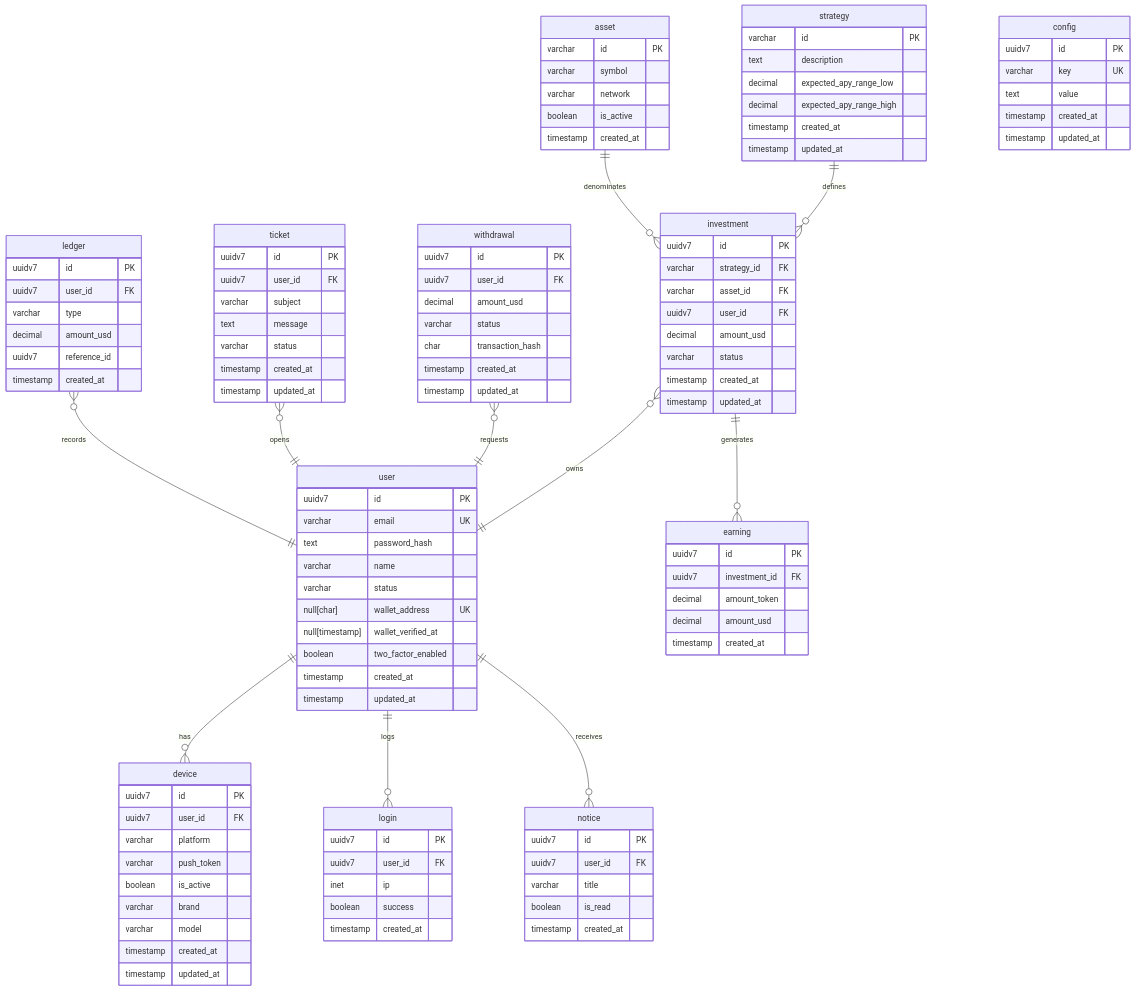
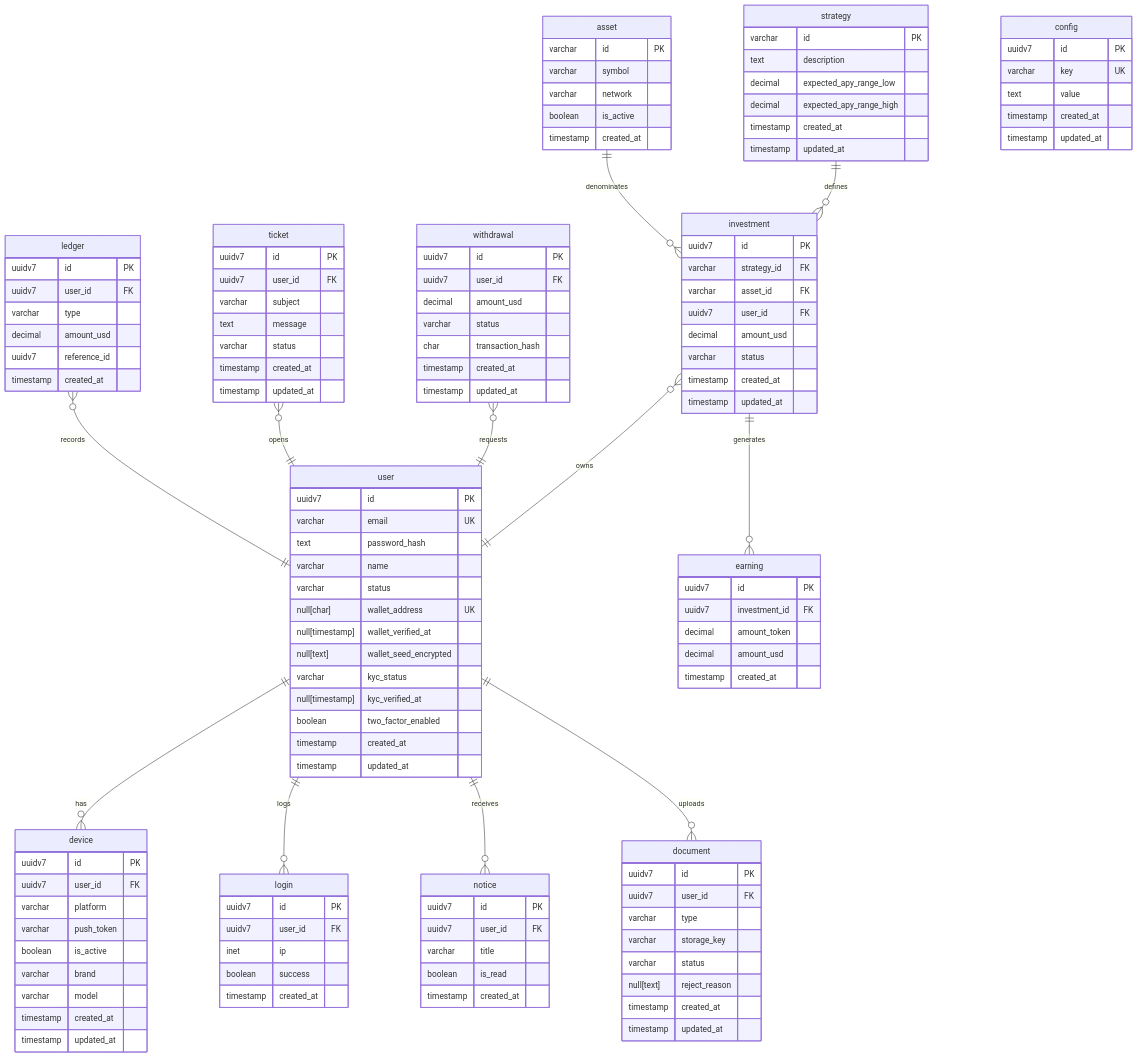
The diagram in er.mermaid (leandroluk/investor), drawn with Mermaid before and after one commit. The commit also changed 83 other files, not shown here.

```diff
--- a/er.mermaid
+++ b/er.mermaid
@@ -1,129 +1,145 @@
  erDiagram
     %% MODULE: account
     device {
         uuidv7    id         PK
         uuidv7    user_id    FK
         varchar   platform   ""
         varchar   push_token ""
         boolean   is_active  ""
         varchar   brand      ""
         varchar   model      ""
         timestamp created_at ""
         timestamp updated_at ""
     }
     login {
         uuidv7    id         PK
         uuidv7    user_id    FK
         inet      ip         ""
         boolean   success    ""
         timestamp created_at ""
     }
     user {
-        uuidv7          id                 PK
-        varchar         email              UK
-        text            password_hash      ""
-        varchar         name               ""
-        varchar         status             ""
-        null[char]      wallet_address     UK
-        null[timestamp] wallet_verified_at ""
-        boolean         two_factor_enabled ""
-        timestamp       created_at         ""
-        timestamp       updated_at         ""
+        uuidv7          id                    PK
+        varchar         email                 UK
+        text            password_hash         ""
+        varchar         name                  ""
+        varchar         status                ""
+        null[char]      wallet_address        UK
+        null[timestamp] wallet_verified_at    ""
+        null[text]      wallet_seed_encrypted ""
+        varchar         kyc_status            ""
+        null[timestamp] kyc_verified_at       ""
+        boolean         two_factor_enabled    ""
+        timestamp       created_at            ""
+        timestamp       updated_at            ""
+    }
+
+    %% MODULE: account (documents)
+    document {
+        uuidv7     id            PK
+        uuidv7     user_id       FK
+        varchar    type          ""
+        varchar    storage_key   ""
+        varchar    status        ""
+        null[text] reject_reason ""
+        timestamp  created_at    ""
+        timestamp  updated_at    ""
     }
 
     %% MODULE: audit
     ledger {
         uuidv7    id           PK
         uuidv7    user_id      FK
         varchar   type         "" 
         decimal   amount_usd   ""
         uuidv7    reference_id ""
         timestamp created_at   ""
     }
 
     %% MODULE: catalog
     asset {
         varchar   id         PK
         varchar   symbol     ""
         varchar   network    ""
         boolean   is_active  ""
         timestamp created_at ""
     }
     strategy {
         varchar   id                      PK
         text      description             ""
         decimal   expected_apy_range_low  ""
         decimal   expected_apy_range_high ""
         timestamp created_at              ""
         timestamp updated_at              ""
     }
 
     %% MODULE: portfolio
     earning {
         uuidv7    id            PK
         uuidv7    investment_id FK
         decimal   amount_token  ""
         decimal   amount_usd    ""
         timestamp created_at    ""
     }
     investment {
         uuidv7    id          PK
         varchar   strategy_id FK
         varchar   asset_id    FK
         uuidv7    user_id     FK
         decimal   amount_usd  ""
         varchar   status      ""
         timestamp created_at  ""
         timestamp updated_at  ""
     }
 
     %% MODULE: signal
     notice {
         uuidv7    id         PK
         uuidv7    user_id    FK
         varchar   title      ""
         boolean   is_read    ""
         timestamp created_at ""
     }
 
     %% MODULE: support
     ticket {
         uuidv7    id         PK
         uuidv7    user_id    FK
         varchar   subject    ""
         text      message    ""
         varchar   status     ""
         timestamp created_at ""
         timestamp updated_at ""
     }
 
     %% MODULE: system
     config {
         uuidv7    id           PK
         varchar   key          UK
         text      value        ""
         timestamp created_at   ""
         timestamp updated_at   ""
     }
 
     %% MODULE: treasury
     withdrawal {
         uuidv7    id               PK
         uuidv7    user_id          FK
         decimal   amount_usd       ""
         varchar   status           ""
         char      transaction_hash ""
         timestamp created_at       ""
         timestamp updated_at       ""
     }
 
     user       ||--o{ device     : "has"
     user       ||--o{ login      : "logs"
     user       ||--o{ notice     : "receives"
+    user       ||--o{ document   : "uploads"
     investment }o--|| user       : "owns"
     withdrawal }o--|| user       : "requests"
     ticket     }o--|| user       : "opens"
     ledger     }o--|| user       : "records"
     strategy   ||--o{ investment : "defines"
     asset      ||--o{ investment : "denominates"
     investment ||--o{ earning    : "generates"
```
